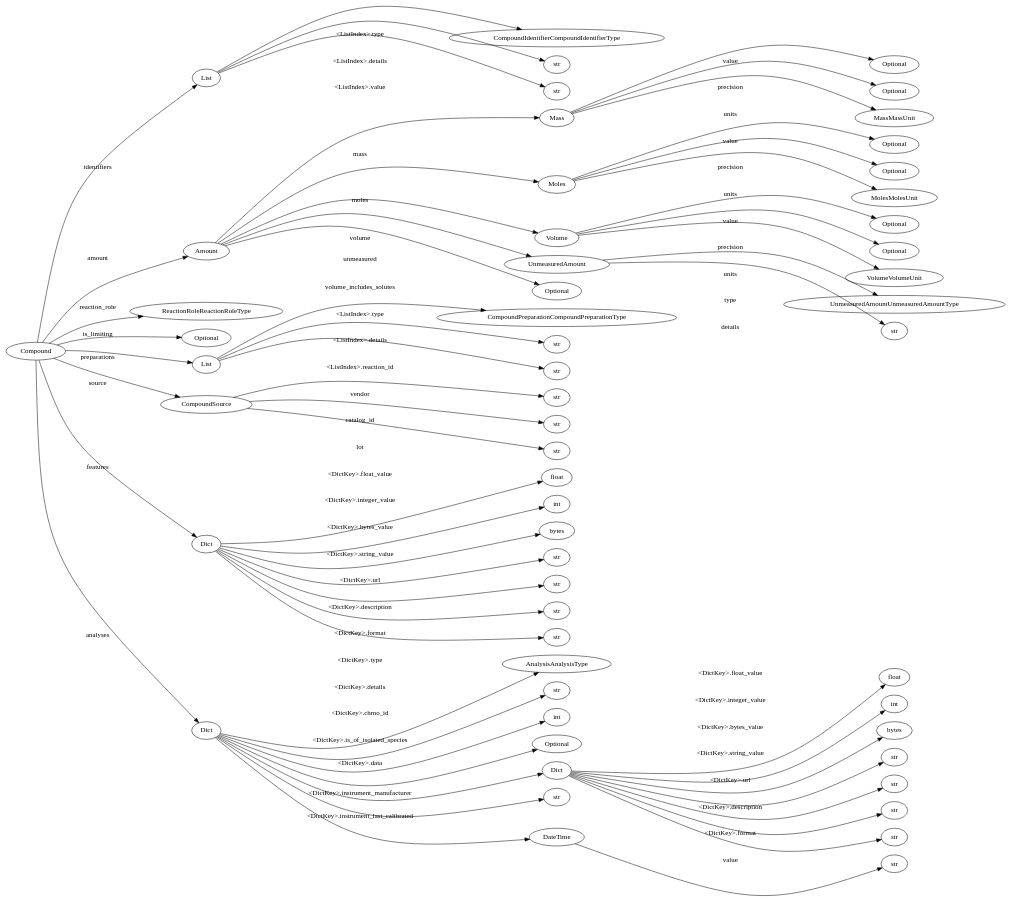
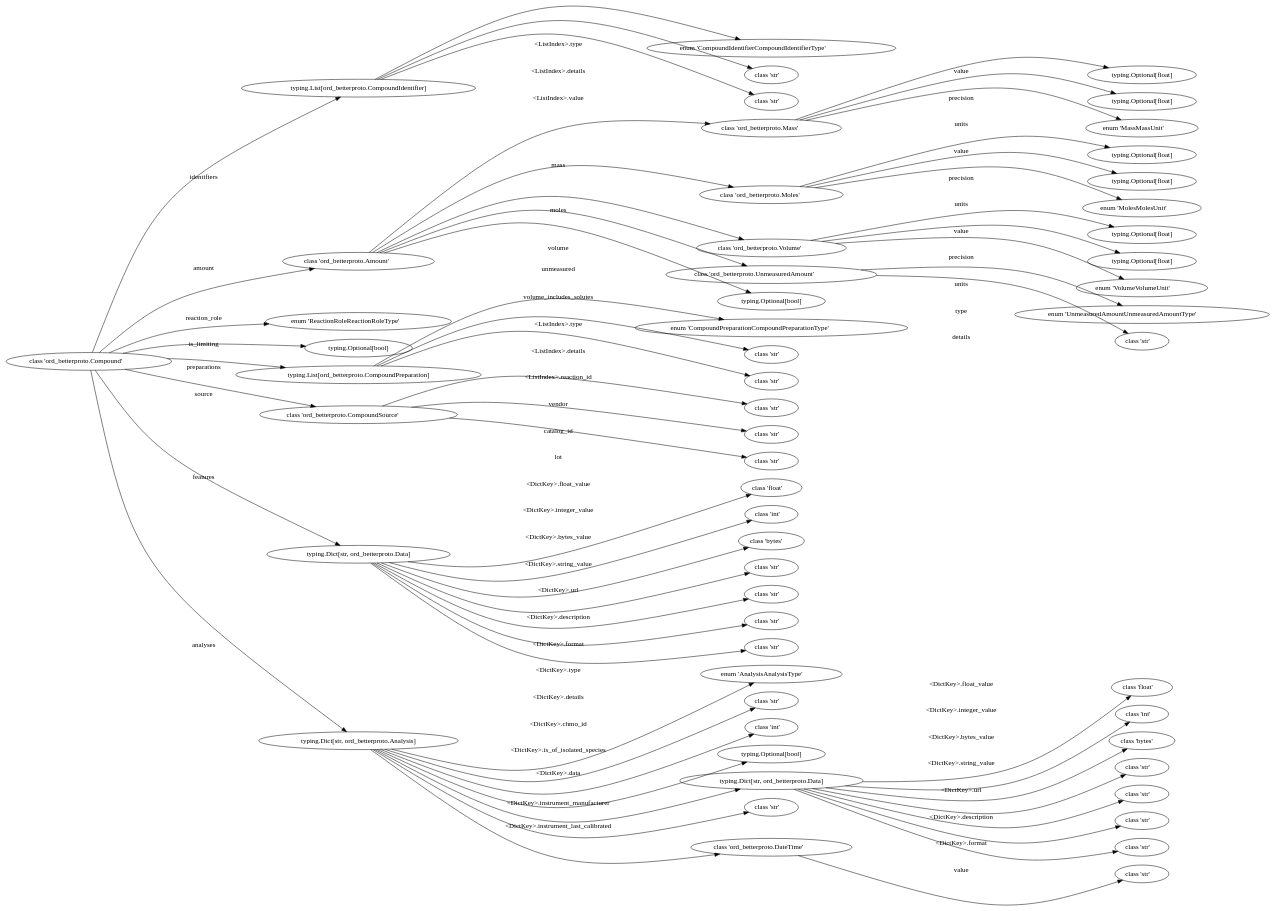
One commit to coleygroup/aspire_epv changed the diagram in demo/ord_betterproto/tree_Compound.dot. Above: the diagram before and after it, drawn with Graphviz. The commit also changed 5 other files, not shown here.

Commit message:
change node label back to `str(<class>)`

```diff
--- a/demo/ord_betterproto/tree_Compound.dot
+++ b/demo/ord_betterproto/tree_Compound.dot
@@ -3,336 +3,336 @@
 		splines=curved
 	];
 	node [label="\N"];
-	0	[label=Compound,
+	0	[label=<class 'ord_betterproto.Compound'>,
 		tot="TypeOfType.Ord",
 		type="<class 'ord_betterproto.Compound'>",
 		type_string="ord_betterproto.Compound"];
 	1	[dotpath=".identifiers",
-		label=List,
+		label="typing.List[ord_betterproto.CompoundIdentifier]",
 		tot="TypeOfType.ListOrd",
 		type="typing.List[ord_betterproto.CompoundIdentifier]",
 		type_string="typing._GenericAlias"];
 	0 -> 1	[label=identifiers];
 	5	[dotpath=".amount",
-		label=Amount,
+		label=<class 'ord_betterproto.Amount'>,
 		tot="TypeOfType.Ord",
 		type="<class 'ord_betterproto.Amount'>",
 		type_string="ord_betterproto.Amount"];
 	0 -> 5	[label=amount];
 	22	[dotpath=".reaction_role",
-		label=ReactionRoleReactionRoleType,
+		label=<enum 'ReactionRoleReactionRoleType'>,
 		tot="TypeOfType.Ord",
 		type="<enum 'ReactionRoleReactionRoleType'>",
 		type_string="ord_betterproto.ReactionRoleReactionRoleType"];
 	0 -> 22	[label=reaction_role];
 	23	[dotpath=".is_limiting",
-		label=Optional,
+		label="typing.Optional[bool]",
 		tot="TypeOfType.OptionalLiteral",
 		type="typing.Optional[bool]",
 		type_string="typing._UnionGenericAlias"];
 	0 -> 23	[label=is_limiting];
 	24	[dotpath=".preparations",
-		label=List,
+		label="typing.List[ord_betterproto.CompoundPreparation]",
 		tot="TypeOfType.ListOrd",
 		type="typing.List[ord_betterproto.CompoundPreparation]",
 		type_string="typing._GenericAlias"];
 	0 -> 24	[label=preparations];
 	28	[dotpath=".source",
-		label=CompoundSource,
+		label=<class 'ord_betterproto.CompoundSource'>,
 		tot="TypeOfType.Ord",
 		type="<class 'ord_betterproto.CompoundSource'>",
 		type_string="ord_betterproto.CompoundSource"];
 	0 -> 28	[label=source];
 	32	[dotpath=".features",
-		label=Dict,
+		label="typing.Dict[str, ord_betterproto.Data]",
 		tot="TypeOfType.DictOrd",
 		type="typing.Dict[str, ord_betterproto.Data]",
 		type_string="typing._GenericAlias"];
 	0 -> 32	[label=features];
 	40	[dotpath=".analyses",
-		label=Dict,
+		label="typing.Dict[str, ord_betterproto.Analysis]",
 		tot="TypeOfType.DictOrd",
 		type="typing.Dict[str, ord_betterproto.Analysis]",
 		type_string="typing._GenericAlias"];
 	0 -> 40	[label=analyses];
 	2	[dotpath=".identifiers.<ListIndex>.type",
-		label=CompoundIdentifierCompoundIdentifierType,
+		label=<enum 'CompoundIdentifierCompoundIdentifierType'>,
 		tot="TypeOfType.Ord",
 		type="<enum 'CompoundIdentifierCompoundIdentifierType'>",
 		type_string="ord_betterproto.CompoundIdentifierCompoundIdentifierType"];
 	1 -> 2	[label="<ListIndex>.type"];
 	3	[dotpath=".identifiers.<ListIndex>.details",
-		label=str,
+		label=<class 'str'>,
 		tot="TypeOfType.Literal",
 		type="<class 'str'>",
 		type_string="builtins.str"];
 	1 -> 3	[label="<ListIndex>.details"];
 	4	[dotpath=".identifiers.<ListIndex>.value",
-		label=str,
+		label=<class 'str'>,
 		tot="TypeOfType.Literal",
 		type="<class 'str'>",
 		type_string="builtins.str"];
 	1 -> 4	[label="<ListIndex>.value"];
 	6	[dotpath=".amount.mass",
-		label=Mass,
+		label=<class 'ord_betterproto.Mass'>,
 		tot="TypeOfType.Ord",
 		type="<class 'ord_betterproto.Mass'>",
 		type_string="ord_betterproto.Mass"];
 	5 -> 6	[label=mass];
 	10	[dotpath=".amount.moles",
-		label=Moles,
+		label=<class 'ord_betterproto.Moles'>,
 		tot="TypeOfType.Ord",
 		type="<class 'ord_betterproto.Moles'>",
 		type_string="ord_betterproto.Moles"];
 	5 -> 10	[label=moles];
 	14	[dotpath=".amount.volume",
-		label=Volume,
+		label=<class 'ord_betterproto.Volume'>,
 		tot="TypeOfType.Ord",
 		type="<class 'ord_betterproto.Volume'>",
 		type_string="ord_betterproto.Volume"];
 	5 -> 14	[label=volume];
 	18	[dotpath=".amount.unmeasured",
-		label=UnmeasuredAmount,
+		label=<class 'ord_betterproto.UnmeasuredAmount'>,
 		tot="TypeOfType.Ord",
 		type="<class 'ord_betterproto.UnmeasuredAmount'>",
 		type_string="ord_betterproto.UnmeasuredAmount"];
 	5 -> 18	[label=unmeasured];
 	21	[dotpath=".amount.volume_includes_solutes",
-		label=Optional,
+		label="typing.Optional[bool]",
 		tot="TypeOfType.OptionalLiteral",
 		type="typing.Optional[bool]",
 		type_string="typing._UnionGenericAlias"];
 	5 -> 21	[label=volume_includes_solutes];
 	7	[dotpath=".amount.mass.value",
-		label=Optional,
+		label="typing.Optional[float]",
 		tot="TypeOfType.OptionalLiteral",
 		type="typing.Optional[float]",
 		type_string="typing._UnionGenericAlias"];
 	6 -> 7	[label=value];
 	8	[dotpath=".amount.mass.precision",
-		label=Optional,
+		label="typing.Optional[float]",
 		tot="TypeOfType.OptionalLiteral",
 		type="typing.Optional[float]",
 		type_string="typing._UnionGenericAlias"];
 	6 -> 8	[label=precision];
 	9	[dotpath=".amount.mass.units",
-		label=MassMassUnit,
+		label=<enum 'MassMassUnit'>,
 		tot="TypeOfType.Ord",
 		type="<enum 'MassMassUnit'>",
 		type_string="ord_betterproto.MassMassUnit"];
 	6 -> 9	[label=units];
 	11	[dotpath=".amount.moles.value",
-		label=Optional,
+		label="typing.Optional[float]",
 		tot="TypeOfType.OptionalLiteral",
 		type="typing.Optional[float]",
 		type_string="typing._UnionGenericAlias"];
 	10 -> 11	[label=value];
 	12	[dotpath=".amount.moles.precision",
-		label=Optional,
+		label="typing.Optional[float]",
 		tot="TypeOfType.OptionalLiteral",
 		type="typing.Optional[float]",
 		type_string="typing._UnionGenericAlias"];
 	10 -> 12	[label=precision];
 	13	[dotpath=".amount.moles.units",
-		label=MolesMolesUnit,
+		label=<enum 'MolesMolesUnit'>,
 		tot="TypeOfType.Ord",
 		type="<enum 'MolesMolesUnit'>",
 		type_string="ord_betterproto.MolesMolesUnit"];
 	10 -> 13	[label=units];
 	15	[dotpath=".amount.volume.value",
-		label=Optional,
+		label="typing.Optional[float]",
 		tot="TypeOfType.OptionalLiteral",
 		type="typing.Optional[float]",
 		type_string="typing._UnionGenericAlias"];
 	14 -> 15	[label=value];
 	16	[dotpath=".amount.volume.precision",
-		label=Optional,
+		label="typing.Optional[float]",
 		tot="TypeOfType.OptionalLiteral",
 		type="typing.Optional[float]",
 		type_string="typing._UnionGenericAlias"];
 	14 -> 16	[label=precision];
 	17	[dotpath=".amount.volume.units",
-		label=VolumeVolumeUnit,
+		label=<enum 'VolumeVolumeUnit'>,
 		tot="TypeOfType.Ord",
 		type="<enum 'VolumeVolumeUnit'>",
 		type_string="ord_betterproto.VolumeVolumeUnit"];
 	14 -> 17	[label=units];
 	19	[dotpath=".amount.unmeasured.type",
-		label=UnmeasuredAmountUnmeasuredAmountType,
+		label=<enum 'UnmeasuredAmountUnmeasuredAmountType'>,
 		tot="TypeOfType.Ord",
 		type="<enum 'UnmeasuredAmountUnmeasuredAmountType'>",
 		type_string="ord_betterproto.UnmeasuredAmountUnmeasuredAmountType"];
 	18 -> 19	[label=type];
 	20	[dotpath=".amount.unmeasured.details",
-		label=str,
+		label=<class 'str'>,
 		tot="TypeOfType.Literal",
 		type="<class 'str'>",
 		type_string="builtins.str"];
 	18 -> 20	[label=details];
 	25	[dotpath=".preparations.<ListIndex>.type",
-		label=CompoundPreparationCompoundPreparationType,
+		label=<enum 'CompoundPreparationCompoundPreparationType'>,
 		tot="TypeOfType.Ord",
 		type="<enum 'CompoundPreparationCompoundPreparationType'>",
 		type_string="ord_betterproto.CompoundPreparationCompoundPreparationType"];
 	24 -> 25	[label="<ListIndex>.type"];
 	26	[dotpath=".preparations.<ListIndex>.details",
-		label=str,
+		label=<class 'str'>,
 		tot="TypeOfType.Literal",
 		type="<class 'str'>",
 		type_string="builtins.str"];
 	24 -> 26	[label="<ListIndex>.details"];
 	27	[dotpath=".preparations.<ListIndex>.reaction_id",
-		label=str,
+		label=<class 'str'>,
 		tot="TypeOfType.Literal",
 		type="<class 'str'>",
 		type_string="builtins.str"];
 	24 -> 27	[label="<ListIndex>.reaction_id"];
 	29	[dotpath=".source.vendor",
-		label=str,
+		label=<class 'str'>,
 		tot="TypeOfType.Literal",
 		type="<class 'str'>",
 		type_string="builtins.str"];
 	28 -> 29	[label=vendor];
 	30	[dotpath=".source.catalog_id",
-		label=str,
+		label=<class 'str'>,
 		tot="TypeOfType.Literal",
 		type="<class 'str'>",
 		type_string="builtins.str"];
 	28 -> 30	[label=catalog_id];
 	31	[dotpath=".source.lot",
-		label=str,
+		label=<class 'str'>,
 		tot="TypeOfType.Literal",
 		type="<class 'str'>",
 		type_string="builtins.str"];
 	28 -> 31	[label=lot];
 	33	[dotpath=".features.<DictKey>.float_value",
-		label=float,
+		label=<class 'float'>,
 		tot="TypeOfType.Literal",
 		type="<class 'float'>",
 		type_string="builtins.float"];
 	32 -> 33	[label="<DictKey>.float_value"];
 	34	[dotpath=".features.<DictKey>.integer_value",
-		label=int,
+		label=<class 'int'>,
 		tot="TypeOfType.Literal",
 		type="<class 'int'>",
 		type_string="builtins.int"];
 	32 -> 34	[label="<DictKey>.integer_value"];
 	35	[dotpath=".features.<DictKey>.bytes_value",
-		label=bytes,
+		label=<class 'bytes'>,
 		tot="TypeOfType.Literal",
 		type="<class 'bytes'>",
 		type_string="builtins.bytes"];
 	32 -> 35	[label="<DictKey>.bytes_value"];
 	36	[dotpath=".features.<DictKey>.string_value",
-		label=str,
+		label=<class 'str'>,
 		tot="TypeOfType.Literal",
 		type="<class 'str'>",
 		type_string="builtins.str"];
 	32 -> 36	[label="<DictKey>.string_value"];
 	37	[dotpath=".features.<DictKey>.url",
-		label=str,
+		label=<class 'str'>,
 		tot="TypeOfType.Literal",
 		type="<class 'str'>",
 		type_string="builtins.str"];
 	32 -> 37	[label="<DictKey>.url"];
 	38	[dotpath=".features.<DictKey>.description",
-		label=str,
+		label=<class 'str'>,
 		tot="TypeOfType.Literal",
 		type="<class 'str'>",
 		type_string="builtins.str"];
 	32 -> 38	[label="<DictKey>.description"];
 	39	[dotpath=".features.<DictKey>.format",
-		label=str,
+		label=<class 'str'>,
 		tot="TypeOfType.Literal",
 		type="<class 'str'>",
 		type_string="builtins.str"];
 	32 -> 39	[label="<DictKey>.format"];
 	41	[dotpath=".analyses.<DictKey>.type",
-		label=AnalysisAnalysisType,
+		label=<enum 'AnalysisAnalysisType'>,
 		tot="TypeOfType.Ord",
 		type="<enum 'AnalysisAnalysisType'>",
 		type_string="ord_betterproto.AnalysisAnalysisType"];
 	40 -> 41	[label="<DictKey>.type"];
 	42	[dotpath=".analyses.<DictKey>.details",
-		label=str,
+		label=<class 'str'>,
 		tot="TypeOfType.Literal",
 		type="<class 'str'>",
 		type_string="builtins.str"];
 	40 -> 42	[label="<DictKey>.details"];
 	43	[dotpath=".analyses.<DictKey>.chmo_id",
-		label=int,
+		label=<class 'int'>,
 		tot="TypeOfType.Literal",
 		type="<class 'int'>",
 		type_string="builtins.int"];
 	40 -> 43	[label="<DictKey>.chmo_id"];
 	44	[dotpath=".analyses.<DictKey>.is_of_isolated_species",
-		label=Optional,
+		label="typing.Optional[bool]",
 		tot="TypeOfType.OptionalLiteral",
 		type="typing.Optional[bool]",
 		type_string="typing._UnionGenericAlias"];
 	40 -> 44	[label="<DictKey>.is_of_isolated_species"];
 	45	[dotpath=".analyses.<DictKey>.data",
-		label=Dict,
+		label="typing.Dict[str, ord_betterproto.Data]",
 		tot="TypeOfType.DictOrd",
 		type="typing.Dict[str, ord_betterproto.Data]",
 		type_string="typing._GenericAlias"];
 	40 -> 45	[label="<DictKey>.data"];
 	53	[dotpath=".analyses.<DictKey>.instrument_manufacturer",
-		label=str,
+		label=<class 'str'>,
 		tot="TypeOfType.Literal",
 		type="<class 'str'>",
 		type_string="builtins.str"];
 	40 -> 53	[label="<DictKey>.instrument_manufacturer"];
 	54	[dotpath=".analyses.<DictKey>.instrument_last_calibrated",
-		label=DateTime,
+		label=<class 'ord_betterproto.DateTime'>,
 		tot="TypeOfType.Ord",
 		type="<class 'ord_betterproto.DateTime'>",
 		type_string="ord_betterproto.DateTime"];
 	40 -> 54	[label="<DictKey>.instrument_last_calibrated"];
 	46	[dotpath=".analyses.<DictKey>.data.<DictKey>.float_value",
-		label=float,
+		label=<class 'float'>,
 		tot="TypeOfType.Literal",
 		type="<class 'float'>",
 		type_string="builtins.float"];
 	45 -> 46	[label="<DictKey>.float_value"];
 	47	[dotpath=".analyses.<DictKey>.data.<DictKey>.integer_value",
-		label=int,
+		label=<class 'int'>,
 		tot="TypeOfType.Literal",
 		type="<class 'int'>",
 		type_string="builtins.int"];
 	45 -> 47	[label="<DictKey>.integer_value"];
 	48	[dotpath=".analyses.<DictKey>.data.<DictKey>.bytes_value",
-		label=bytes,
+		label=<class 'bytes'>,
 		tot="TypeOfType.Literal",
 		type="<class 'bytes'>",
 		type_string="builtins.bytes"];
 	45 -> 48	[label="<DictKey>.bytes_value"];
 	49	[dotpath=".analyses.<DictKey>.data.<DictKey>.string_value",
-		label=str,
+		label=<class 'str'>,
 		tot="TypeOfType.Literal",
 		type="<class 'str'>",
 		type_string="builtins.str"];
 	45 -> 49	[label="<DictKey>.string_value"];
 	50	[dotpath=".analyses.<DictKey>.data.<DictKey>.url",
-		label=str,
+		label=<class 'str'>,
 		tot="TypeOfType.Literal",
 		type="<class 'str'>",
 		type_string="builtins.str"];
 	45 -> 50	[label="<DictKey>.url"];
 	51	[dotpath=".analyses.<DictKey>.data.<DictKey>.description",
-		label=str,
+		label=<class 'str'>,
 		tot="TypeOfType.Literal",
 		type="<class 'str'>",
 		type_string="builtins.str"];
 	45 -> 51	[label="<DictKey>.description"];
 	52	[dotpath=".analyses.<DictKey>.data.<DictKey>.format",
-		label=str,
+		label=<class 'str'>,
 		tot="TypeOfType.Literal",
 		type="<class 'str'>",
 		type_string="builtins.str"];
 	45 -> 52	[label="<DictKey>.format"];
 	55	[dotpath=".analyses.<DictKey>.instrument_last_calibrated.value",
-		label=str,
+		label=<class 'str'>,
 		tot="TypeOfType.Literal",
 		type="<class 'str'>",
 		type_string="builtins.str"];
```
